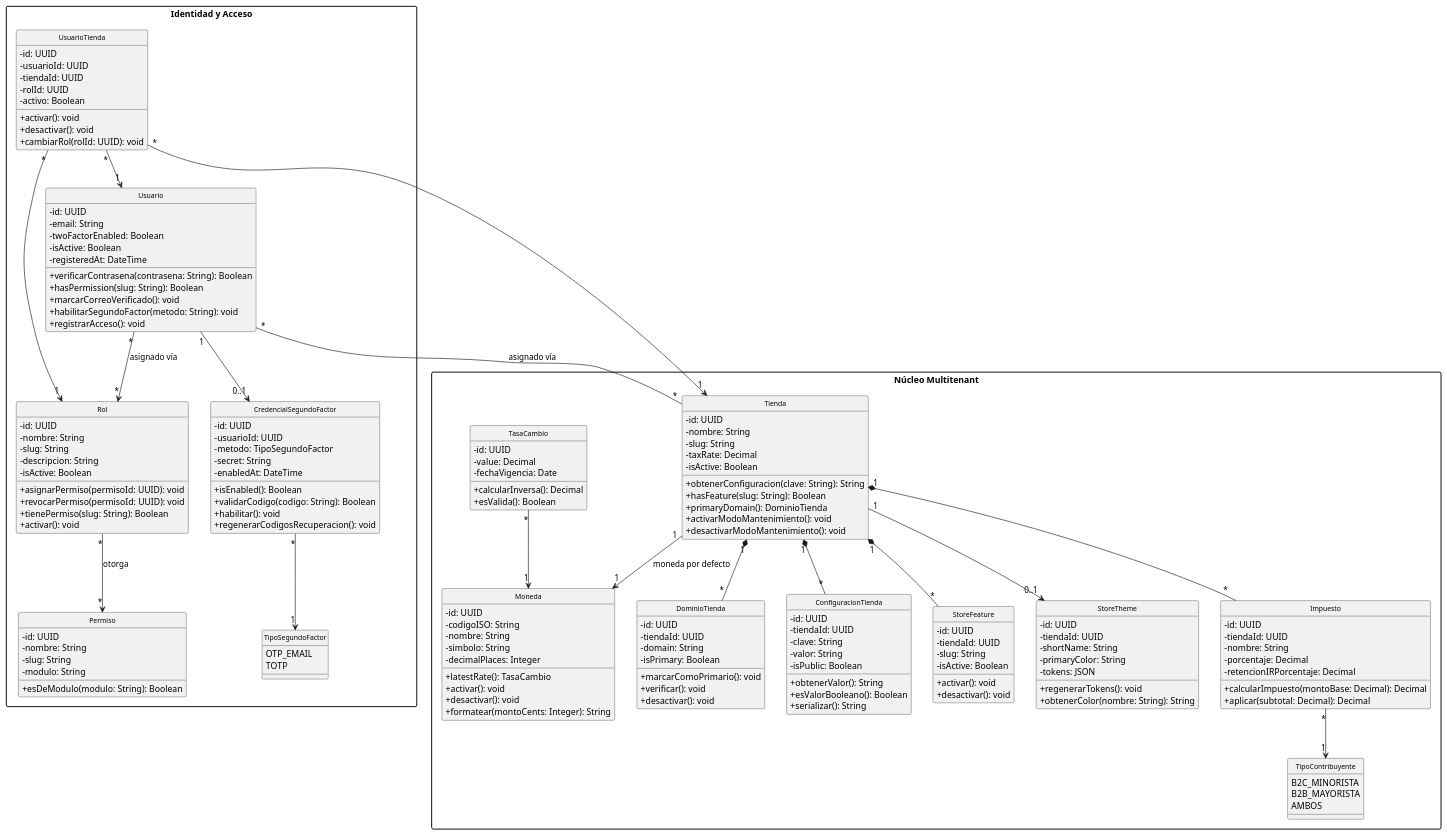
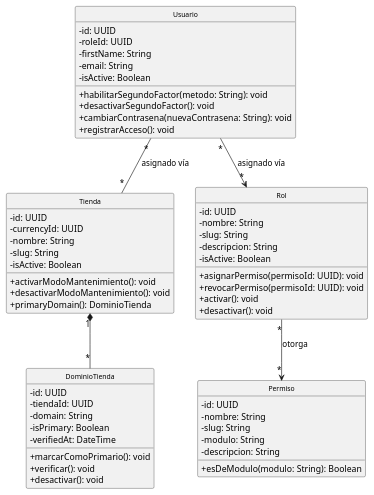
One commit to D4nitrix13/AtlasCommerce changed the diagram in docs/uml/8.2.1-clases-nucleo-simple.puml. Above: the diagram before and after it, drawn with PlantUML. The commit also changed 11 other files, not shown here.

First line of the commit message:
docs(uml): simplificar diagramas de clases, actividad y estados

```diff
--- a/docs/uml/8.2.1-clases-nucleo-simple.puml
+++ b/docs/uml/8.2.1-clases-nucleo-simple.puml
@@ -1,197 +1,69 @@
 @startuml 8.2.1 - Diagrama de Clases (Núcleo del Sistema, simplificado)
 skinparam classAttributeIconSize 0
 skinparam classFontSize 11
 skinparam packageStyle rectangle
 hide circle
-hide <<internal>>
 
-' ============================================================
-' 8.2.1 — NÚCLEO DEL SISTEMA (simplificado)
-' Clases marcadas con <<internal>> se ocultan del render.
-' ============================================================
+' Núcleo: tenant (Tienda + DominioTienda) y acceso (Usuario, Rol, Permiso).
 
-package "Núcleo Multitenant" {
-
-  class Tienda {
-    - id: UUID
-    - nombre: String
-    - slug: String
-    - taxRate: Decimal
-    - isActive: Boolean
-    + obtenerConfiguracion(clave: String): String
-    + hasFeature(slug: String): Boolean
-    + primaryDomain(): DominioTienda
-    + activarModoMantenimiento(): void
-    + desactivarModoMantenimiento(): void
-  }
-
-  class DominioTienda {
-    - id: UUID
-    - tiendaId: UUID
-    - domain: String
-    - isPrimary: Boolean
-    + marcarComoPrimario(): void
-    + verificar(): void
-    + desactivar(): void
-  }
-
-  class ConfiguracionTienda {
-    - id: UUID
-    - tiendaId: UUID
-    - clave: String
-    - valor: String
-    - isPublic: Boolean
-    + obtenerValor(): String
-    + esValorBooleano(): Boolean
-    + serializar(): String
-  }
-
-  class StoreFeature {
-    - id: UUID
-    - tiendaId: UUID
-    - slug: String
-    - isActive: Boolean
-    + activar(): void
-    + desactivar(): void
-  }
-
-  class StoreTheme {
-    - id: UUID
-    - tiendaId: UUID
-    - shortName: String
-    - primaryColor: String
-    - tokens: JSON
-    + regenerarTokens(): void
-    + obtenerColor(nombre: String): String
-  }
-
-  class Moneda {
-    - id: UUID
-    - codigoISO: String
-    - nombre: String
-    - simbolo: String
-    - decimalPlaces: Integer
-    + latestRate(): TasaCambio
-    + activar(): void
-    + desactivar(): void
-    + formatear(montoCents: Integer): String
-  }
-
-  class TasaCambio {
-    - id: UUID
-    - value: Decimal
-    - fechaVigencia: Date
-    + calcularInversa(): Decimal
-    + esValida(): Boolean
-  }
-
-  class Impuesto {
-    - id: UUID
-    - tiendaId: UUID
-    - nombre: String
-    - porcentaje: Decimal
-    - retencionIRPorcentaje: Decimal
-    + calcularImpuesto(montoBase: Decimal): Decimal
-    + aplicar(subtotal: Decimal): Decimal
-  }
-
-  enum TipoContribuyente {
-    B2C_MINORISTA
-    B2B_MAYORISTA
-    AMBOS
-  }
+class Tienda {
+  - id: UUID
+  - currencyId: UUID
+  - nombre: String
+  - slug: String
+  - isActive: Boolean
+  + activarModoMantenimiento(): void
+  + desactivarModoMantenimiento(): void
+  + primaryDomain(): DominioTienda
 }
 
-package "Identidad y Acceso" {
-
-  class Usuario {
-    - id: UUID
-    - email: String
-    - twoFactorEnabled: Boolean
-    - isActive: Boolean
-    - registeredAt: DateTime
-    + verificarContrasena(contrasena: String): Boolean
-    + hasPermission(slug: String): Boolean
-    + marcarCorreoVerificado(): void
-    + habilitarSegundoFactor(metodo: String): void
-    + registrarAcceso(): void
-  }
-
-  class CredencialSegundoFactor {
-    - id: UUID
-    - usuarioId: UUID
-    - metodo: TipoSegundoFactor
-    - secret: String
-    - enabledAt: DateTime
-    + isEnabled(): Boolean
-    + validarCodigo(codigo: String): Boolean
-    + habilitar(): void
-    + regenerarCodigosRecuperacion(): void
-  }
-
-  enum TipoSegundoFactor {
-    OTP_EMAIL
-    TOTP
-  }
-
-  class CodigoRecuperacion <<internal>>
-  class CuentaSocial <<internal>>
-  class TokenResetContrasena <<internal>>
-  class OtpChallenge <<internal>>
-
-  class Rol {
-    - id: UUID
-    - nombre: String
-    - slug: String
-    - descripcion: String
-    - isActive: Boolean
-    + asignarPermiso(permisoId: UUID): void
-    + revocarPermiso(permisoId: UUID): void
-    + tienePermiso(slug: String): Boolean
-    + activar(): void
-  }
-
-  class Permiso {
-    - id: UUID
-    - nombre: String
-    - slug: String
-    - modulo: String
-    + esDeModulo(modulo: String): Boolean
-  }
-
-  class UsuarioTienda {
-    - id: UUID
-    - usuarioId: UUID
-    - tiendaId: UUID
-    - rolId: UUID
-    - activo: Boolean
-    + activar(): void
-    + desactivar(): void
-    + cambiarRol(rolId: UUID): void
-  }
-
-  class BitacoraAuditoria <<internal>>
+class DominioTienda {
+  - id: UUID
+  - tiendaId: UUID
+  - domain: String
+  - isPrimary: Boolean
+  - verifiedAt: DateTime
+  + marcarComoPrimario(): void
+  + verificar(): void
+  + desactivar(): void
 }
 
-' ============================================================
-' RELACIONES
-' ============================================================
+class Usuario {
+  - id: UUID
+  - roleId: UUID
+  - firstName: String
+  - email: String
+  - isActive: Boolean
+  + habilitarSegundoFactor(metodo: String): void
+  + desactivarSegundoFactor(): void
+  + cambiarContrasena(nuevaContrasena: String): void
+  + registrarAcceso(): void
+}
+
+class Rol {
+  - id: UUID
+  - nombre: String
+  - slug: String
+  - descripcion: String
+  - isActive: Boolean
+  + asignarPermiso(permisoId: UUID): void
+  + revocarPermiso(permisoId: UUID): void
+  + activar(): void
+  + desactivar(): void
+}
+
+class Permiso {
+  - id: UUID
+  - nombre: String
+  - slug: String
+  - modulo: String
+  - descripcion: String
+  + esDeModulo(modulo: String): Boolean
+}
+
 Tienda "1" *-- "*" DominioTienda
-Tienda "1" *-- "*" ConfiguracionTienda
-Tienda "1" *-- "*" StoreFeature
-Tienda "1" --> "0..1" StoreTheme
-Tienda "1" --> "1" Moneda : "moneda por defecto"
-Tienda "1" *-- "*" Impuesto
-TasaCambio "*" --> "1" Moneda
-Impuesto "*" --> "1" TipoContribuyente
-
-Usuario "1" --> "0..1" CredencialSegundoFactor
-CredencialSegundoFactor "*" --> "1" TipoSegundoFactor
 Usuario "*" --> "*" Rol : "asignado vía"
 Rol "*" --> "*" Permiso : "otorga"
 Usuario "*" -- "*" Tienda : "asignado vía"
-UsuarioTienda "*" --> "1" Usuario
-UsuarioTienda "*" --> "1" Tienda
-UsuarioTienda "*" --> "1" Rol
 
 @enduml
```
